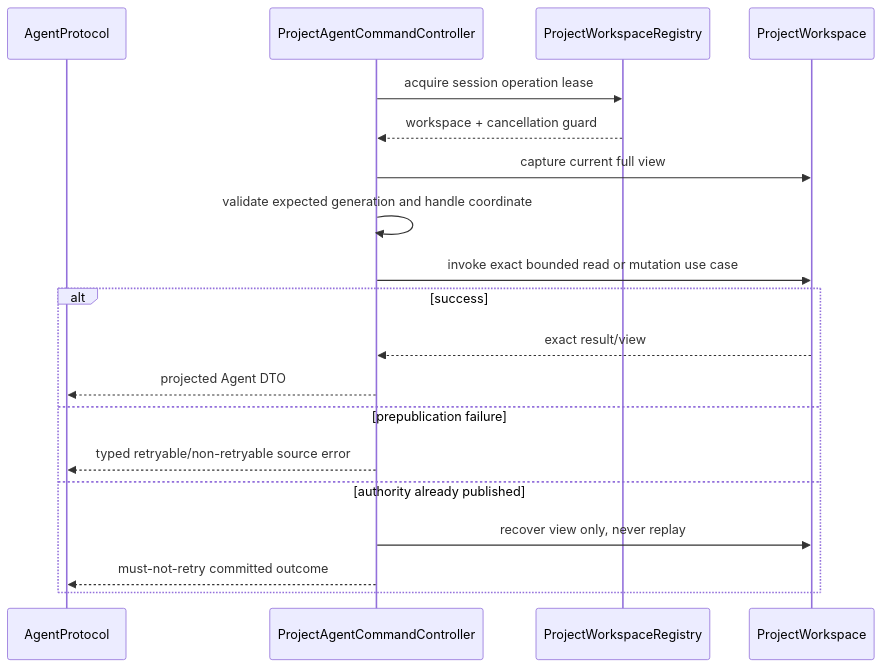
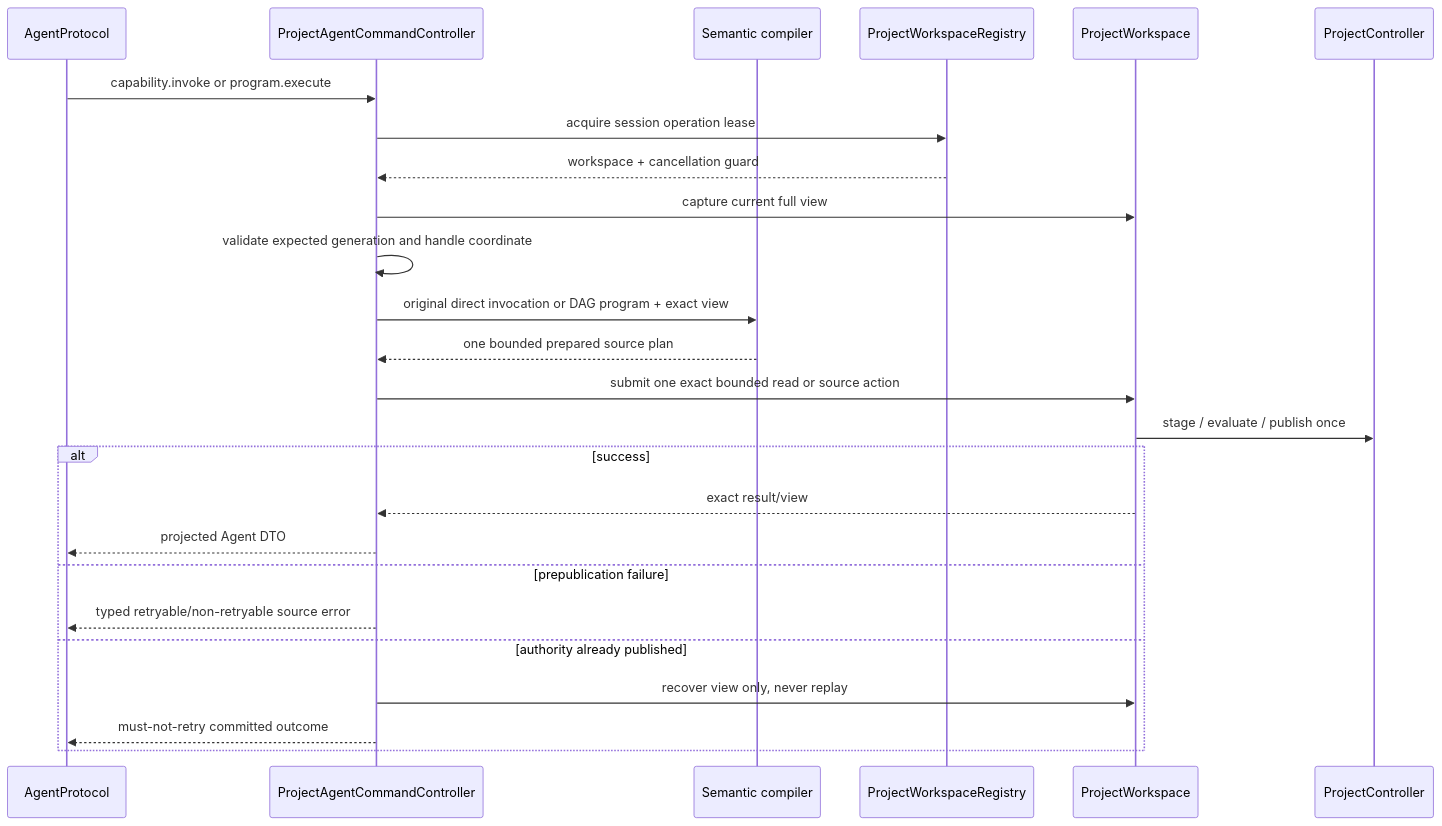
Before and after one commit to 1amageek/Rupa: the second of 2 diagrams in RupaKit/Sources/RupaAgentRuntime/DESIGN.md, drawn with Mermaid. The commit also changed other lines of this file and 17 other files, not shown here.

````diff
--- a/RupaKit/Sources/RupaAgentRuntime/DESIGN.md
+++ b/RupaKit/Sources/RupaAgentRuntime/DESIGN.md
@@ -88,21 +130,27 @@
 ```mermaid
 sequenceDiagram
     participant P as AgentProtocol
     participant R as ProjectAgentCommandController
+    participant C as Semantic compiler
     participant G as ProjectWorkspaceRegistry
     participant W as ProjectWorkspace
+    participant PC as ProjectController
+    P->>R: capability.invoke or program.execute
     R->>G: acquire session operation lease
     G-->>R: workspace + cancellation guard
     R->>W: capture current full view
     R->>R: validate expected generation and handle coordinate
-    R->>W: invoke exact bounded read or mutation use case
+    R->>C: original direct invocation or DAG program + exact view
+    C-->>R: one bounded prepared source plan
+    R->>W: submit one exact bounded read or source action
+    W->>PC: stage / evaluate / publish once
     alt success
         W-->>R: exact result/view
         R-->>P: projected Agent DTO
     else prepublication failure
         R-->>P: typed retryable/non-retryable source error
     else authority already published
         R->>W: recover view only, never replay
         R-->>P: must-not-retry committed outcome
     end
 ```
````
